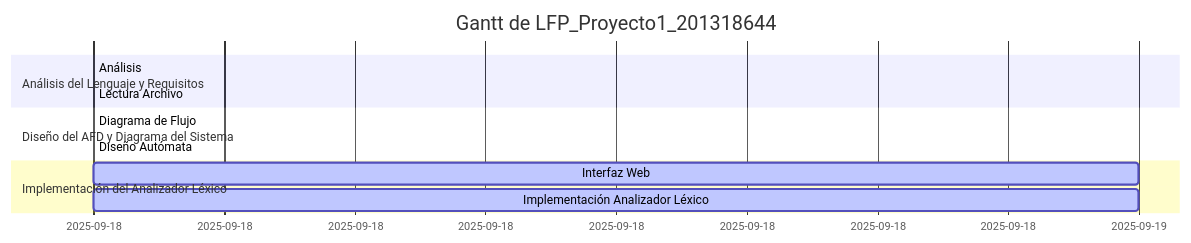
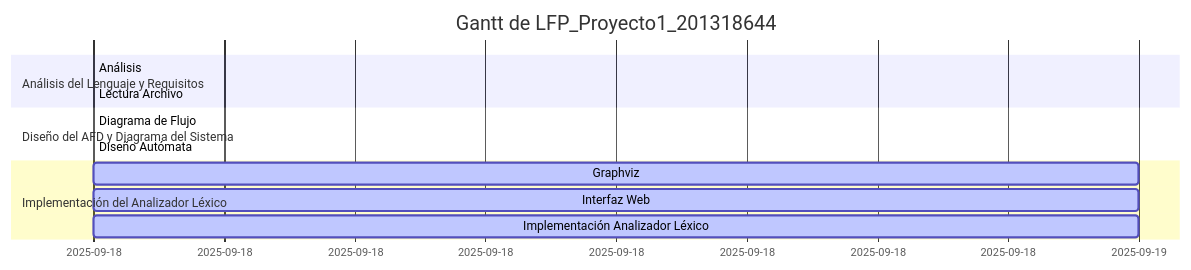
Before and after one commit to MynorCifuentes/TourneyJS: the diagram in docs/gantt.md, drawn with Mermaid.

Commit message:
Actualiza diagrama de Gantt automático

````diff
--- a/docs/gantt.md
+++ b/docs/gantt.md
@@ -1,17 +1,18 @@
 ```mermaid
 gantt
     dateFormat  YYYY-MM-DD
     title Gantt de LFP_Proyecto1_201318644
     excludes    weekends
     section Análisis del Lenguaje y Requisitos
     Análisis :active, 2, 2025-09-18, 2025-09-18
     Lectura Archivo :active, 1, 2025-09-18, 2025-09-18
     section Diseño del AFD y Diagrama del Sistema
     Diagrama de Flujo :active, 4, 2025-09-18, 2025-09-18
     Diseño Autómata :active, 3, 2025-09-18, 2025-09-18
     section Implementación del Analizador Léxico
+    Graphviz :active, 7, 2025-09-18, 2025-09-19
     Interfaz Web :active, 6, 2025-09-18, 2025-09-19
     Implementación Analizador Léxico :active, 5, 2025-09-18, 2025-09-19
     section Generación de Salidas
     section Pruebas, Corrección y Documentación
 ```
````
